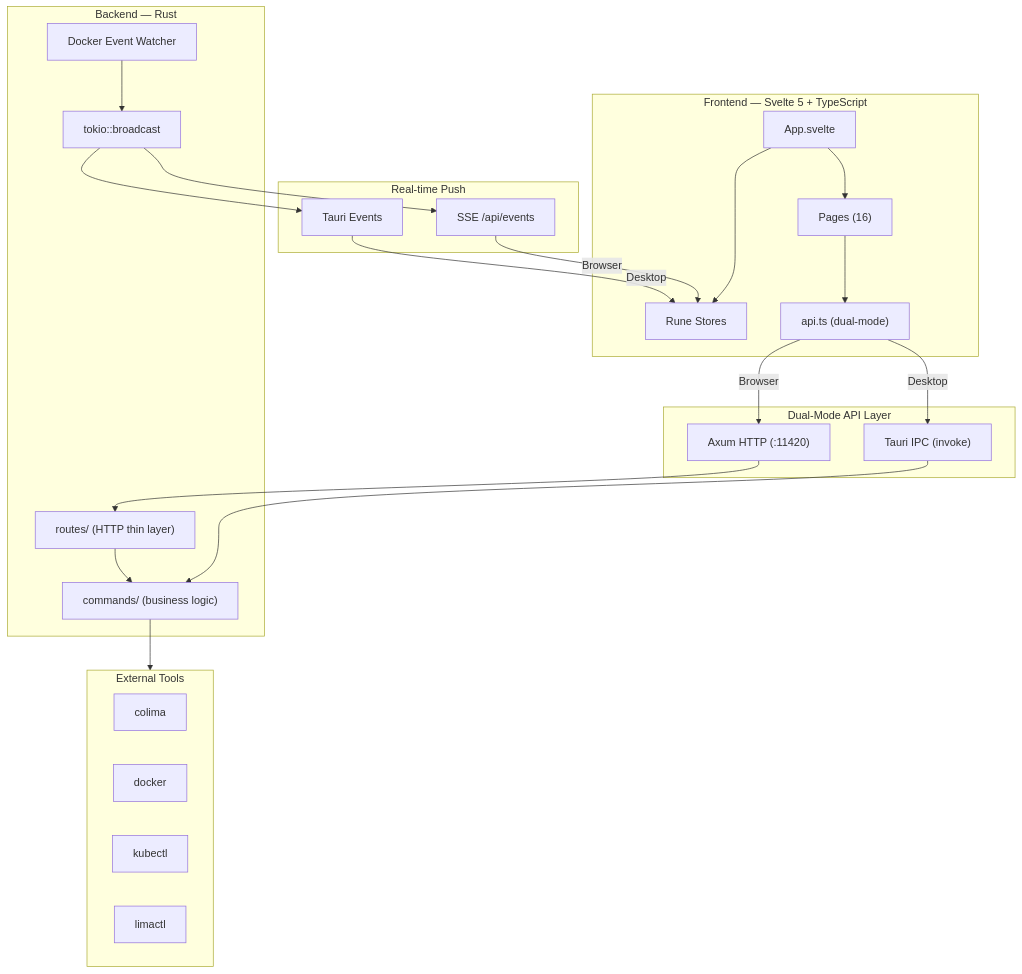
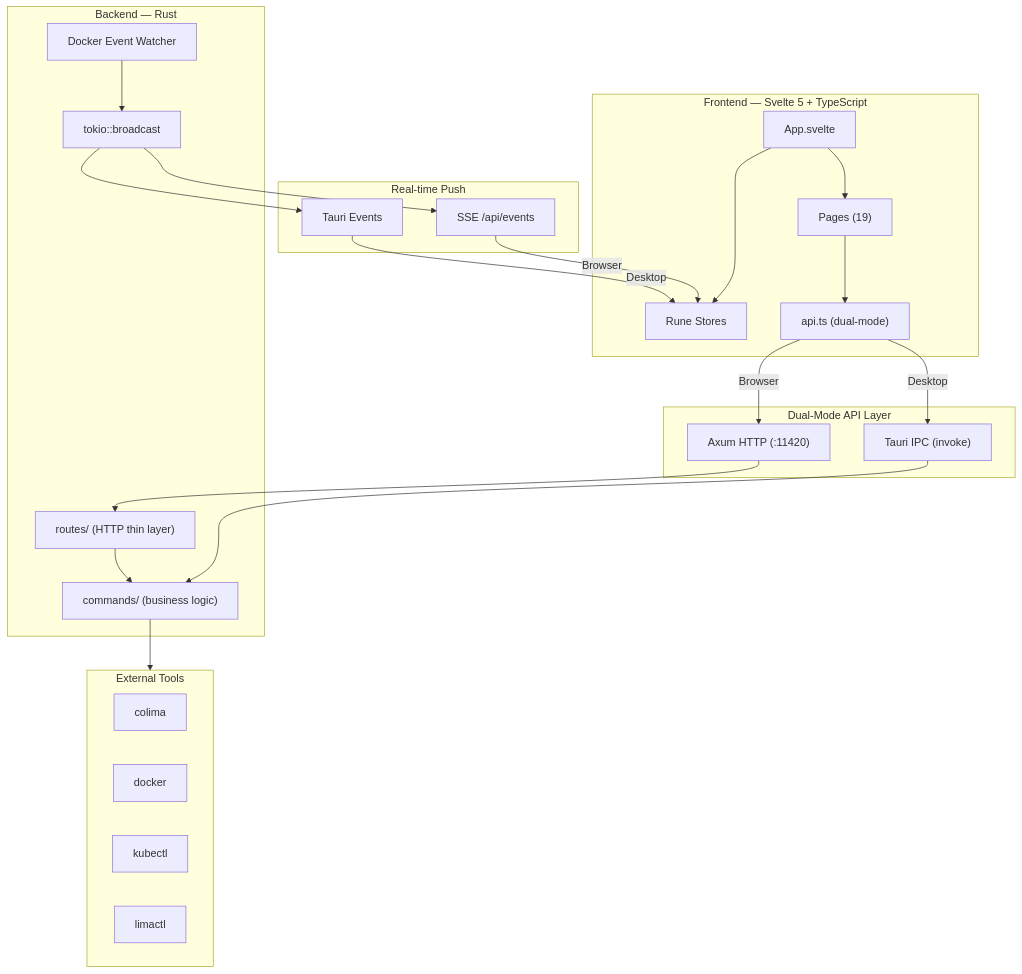
The diagram in docs/architecture.md (vnknowledge2014/colima-ui), drawn with Mermaid before and after one commit. The commit also changed other lines of this file and 48 other files, not shown here.

````diff
--- a/docs/architecture.md
+++ b/docs/architecture.md
@@ -7,50 +7,50 @@
 ```mermaid
 graph TD
     subgraph Frontend["Frontend — Svelte 5 + TypeScript"]
         APP["App.svelte"]
-        PAGES["Pages (16)"]
+        PAGES["Pages (19)"]
         STORE["Rune Stores"]
         API["api.ts (dual-mode)"]
     end
 
     APP --> PAGES --> API
     APP --> STORE
 
     subgraph Dual["Dual-Mode API Layer"]
         TAURI_IPC["Tauri IPC (invoke)"]
         HTTP["Axum HTTP (:11420)"]
     end
 
     API -->|"Desktop"| TAURI_IPC
     API -->|"Browser"| HTTP
 
     subgraph Events["Real-time Push"]
         TAURI_EVT["Tauri Events"]
         SSE["SSE /api/events"]
     end
 
     TAURI_EVT -->|"Desktop"| STORE
     SSE -->|"Browser"| STORE
 
     subgraph Backend["Backend — Rust"]
         CMD["commands/ (business logic)"]
         ROUTES["routes/ (HTTP thin layer)"]
         BROADCAST["tokio::broadcast"]
         WATCHER["Docker Event Watcher"]
     end
 
     TAURI_IPC --> CMD
     HTTP --> ROUTES --> CMD
     WATCHER --> BROADCAST
     BROADCAST --> SSE
     BROADCAST --> TAURI_EVT
 
     subgraph CLI["External Tools"]
         COLIMA["colima"]
         DOCKER["docker"]
         KUBECTL["kubectl"]
         LIMACTL["limactl"]
     end
 
     CMD --> CLI
 ```
````
